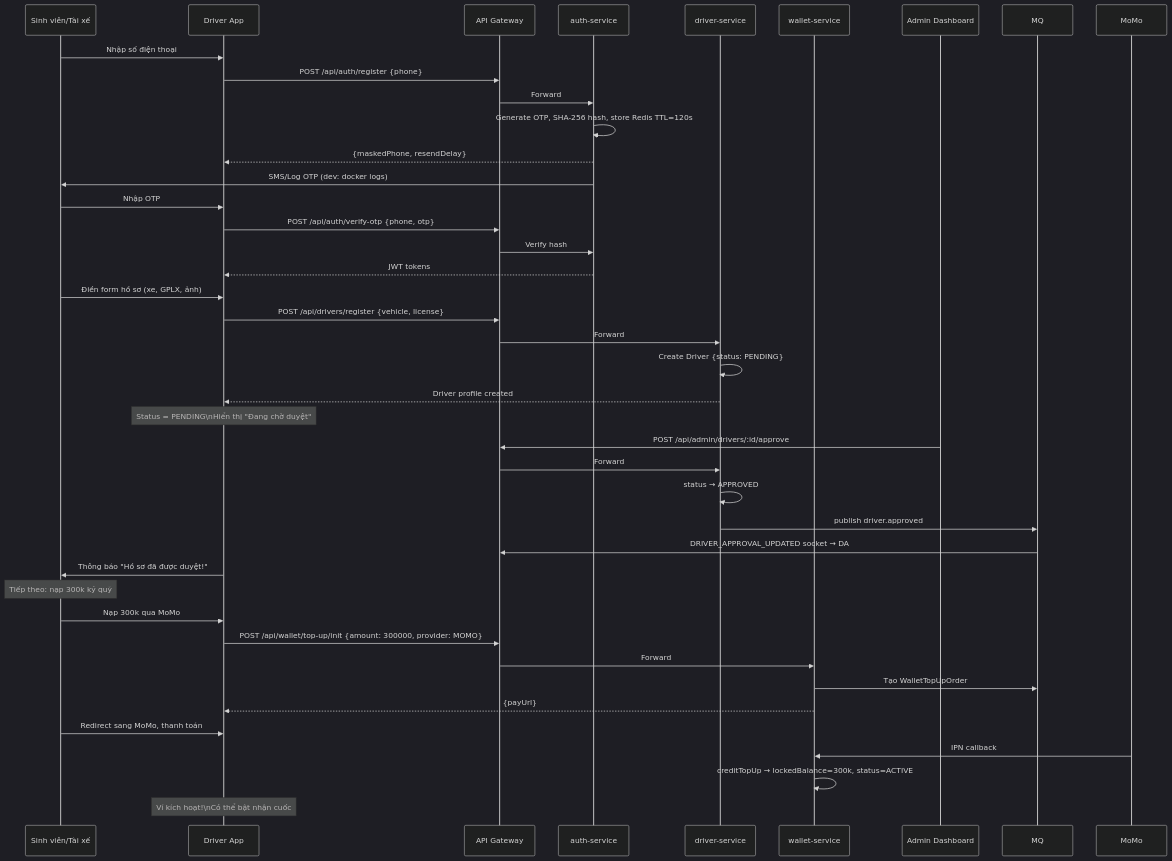
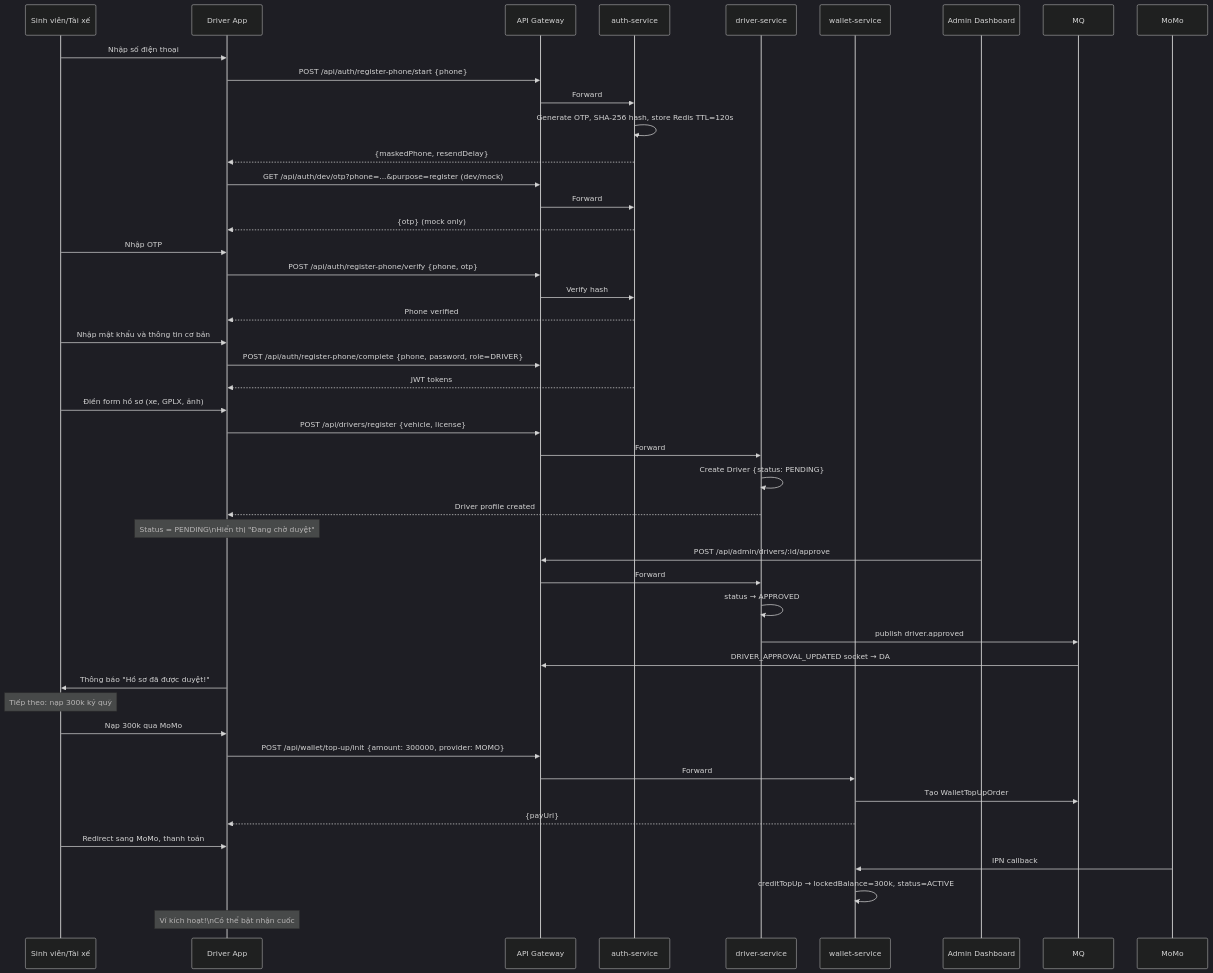
Diagram 23 of 23 in docs/bao-cao-kltn.md (foxxiee04/Cab-Booking-System-Project), drawn with Mermaid (dark theme) before and after one commit. The commit also changed other lines of this file and 99 other files, not shown here.

````diff
--- a/docs/bao-cao-kltn.md
+++ b/docs/bao-cao-kltn.md
@@ -2339,49 +2339,55 @@
 ```mermaid
 sequenceDiagram
     participant SV as Sinh viên/Tài xế
     participant DA as Driver App
     participant GW as API Gateway
     participant AUTH as auth-service
     participant DRV as driver-service
     participant WALLET as wallet-service
     participant ADM as Admin Dashboard
 
     SV->>DA: Nhập số điện thoại
-    DA->>GW: POST /api/auth/register {phone}
+    DA->>GW: POST /api/auth/register-phone/start {phone}
     GW->>AUTH: Forward
     AUTH->>AUTH: Generate OTP, SHA-256 hash, store Redis TTL=120s
     AUTH-->>DA: {maskedPhone, resendDelay}
-    AUTH->>SV: SMS/Log OTP (dev: docker logs)
+    DA->>GW: GET /api/auth/dev/otp?phone=...&purpose=register (dev/mock)
+    GW->>AUTH: Forward
+    AUTH-->>DA: {otp} (mock only)
 
     SV->>DA: Nhập OTP
-    DA->>GW: POST /api/auth/verify-otp {phone, otp}
+    DA->>GW: POST /api/auth/register-phone/verify {phone, otp}
     GW->>AUTH: Verify hash
+    AUTH-->>DA: Phone verified
+
+    SV->>DA: Nhập mật khẩu và thông tin cơ bản
+    DA->>GW: POST /api/auth/register-phone/complete {phone, password, role=DRIVER}
     AUTH-->>DA: JWT tokens
 
     SV->>DA: Điền form hồ sơ (xe, GPLX, ảnh)
     DA->>GW: POST /api/drivers/register {vehicle, license}
     GW->>DRV: Forward
     DRV->>DRV: Create Driver {status: PENDING}
     DRV-->>DA: Driver profile created
 
     Note over DA: Status = PENDING\nHiển thị "Đang chờ duyệt"
 
     ADM->>GW: POST /api/admin/drivers/:id/approve
     GW->>DRV: Forward
     DRV->>DRV: status → APPROVED
     DRV->>MQ: publish driver.approved
     MQ->>GW: DRIVER_APPROVAL_UPDATED socket → DA
     DA->>SV: Thông báo "Hồ sơ đã được duyệt!"
 
     Note over SV: Tiếp theo: nạp 300k ký quỹ
     SV->>DA: Nạp 300k qua MoMo
     DA->>GW: POST /api/wallet/top-up/init {amount: 300000, provider: MOMO}
     GW->>WALLET: Forward
     WALLET->>MQ: Tạo WalletTopUpOrder
     WALLET-->>DA: {payUrl}
     SV->>DA: Redirect sang MoMo, thanh toán
 
     MoMo->>WALLET: IPN callback
     WALLET->>WALLET: creditTopUp → lockedBalance=300k, status=ACTIVE
     Note over DA: Ví kích hoạt!\nCó thể bật nhận cuốc
 ```
````
